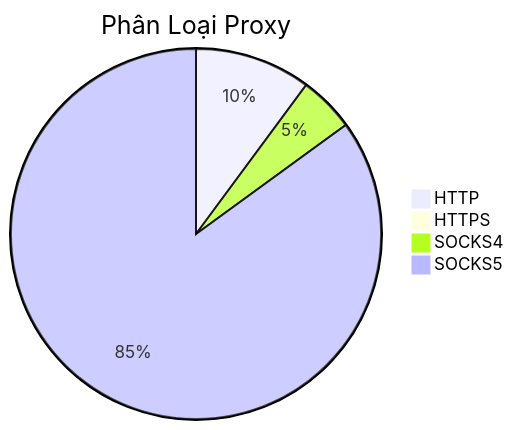
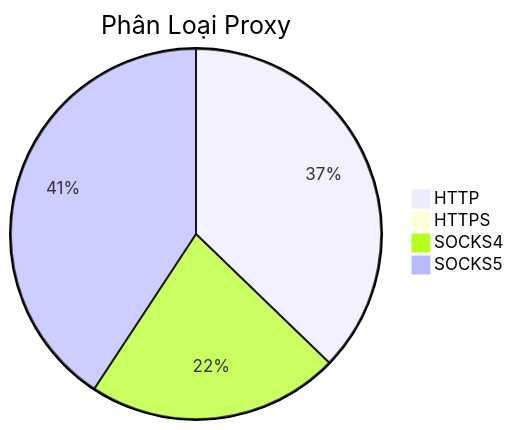
The diagram in README.md (Ciara-Aa/PROXY-free), drawn with Mermaid before and after one commit. The commit also changed other lines of this file and 4 other files, not shown here.

````diff
--- a/README.md
+++ b/README.md
@@ -26,7 +26,7 @@
 ```mermaid
 pie title Phân Loại Proxy
-    "HTTP" : 549
-    "HTTPS" : 2
-    "SOCKS4" : 263
-    "SOCKS5" : 4607
+    "HTTP" : 519
+    "HTTPS" : 1
+    "SOCKS4" : 307
+    "SOCKS5" : 568
 ```
````
